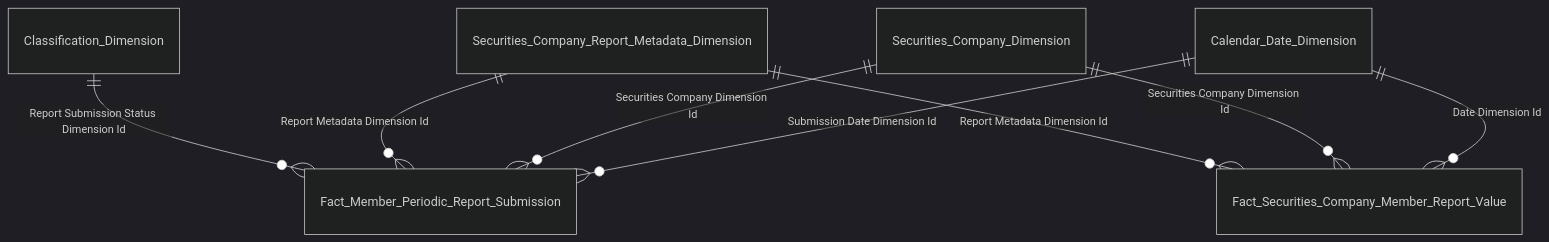
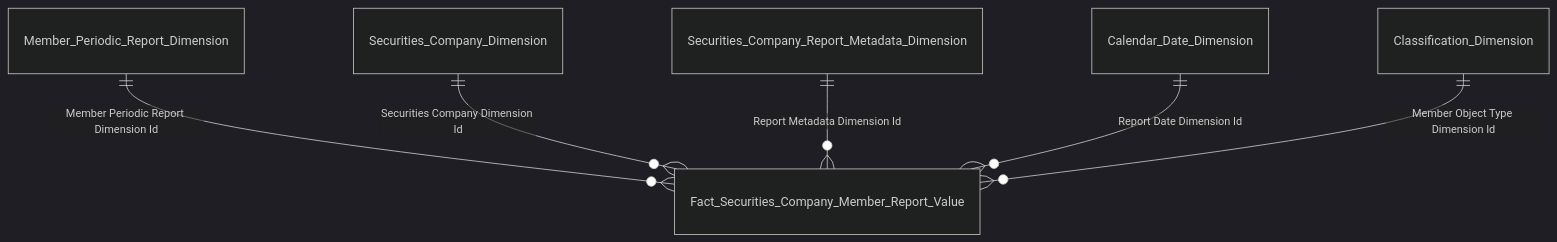
One commit to linhlvit/ubck_atomic_design changed diagram 29 of 44 in Gold/hld/GOLD_QLKD_HLD.md. Above: the diagram before and after it, drawn with Mermaid (dark theme). The commit also changed other lines of this file, not shown here.

````diff
--- a/Gold/hld/GOLD_QLKD_HLD.md
+++ b/Gold/hld/GOLD_QLKD_HLD.md
@@ -1272,10 +1281,8 @@
 ```mermaid
 erDiagram
-    Calendar_Date_Dimension ||--o{ Fact_Member_Periodic_Report_Submission : "Submission Date Dimension Id"
-    Securities_Company_Dimension ||--o{ Fact_Member_Periodic_Report_Submission : "Securities Company Dimension Id"
-    Securities_Company_Report_Metadata_Dimension ||--o{ Fact_Member_Periodic_Report_Submission : "Report Metadata Dimension Id"
-    Classification_Dimension ||--o{ Fact_Member_Periodic_Report_Submission : "Report Submission Status Dimension Id"
-    Calendar_Date_Dimension ||--o{ Fact_Securities_Company_Member_Report_Value : "Date Dimension Id"
+    Member_Periodic_Report_Dimension ||--o{ Fact_Securities_Company_Member_Report_Value : "Member Periodic Report Dimension Id"
     Securities_Company_Dimension ||--o{ Fact_Securities_Company_Member_Report_Value : "Securities Company Dimension Id"
     Securities_Company_Report_Metadata_Dimension ||--o{ Fact_Securities_Company_Member_Report_Value : "Report Metadata Dimension Id"
+    Calendar_Date_Dimension ||--o{ Fact_Securities_Company_Member_Report_Value : "Report Date Dimension Id"
+    Classification_Dimension ||--o{ Fact_Securities_Company_Member_Report_Value : "Member Object Type Dimension Id"
 ```
````
